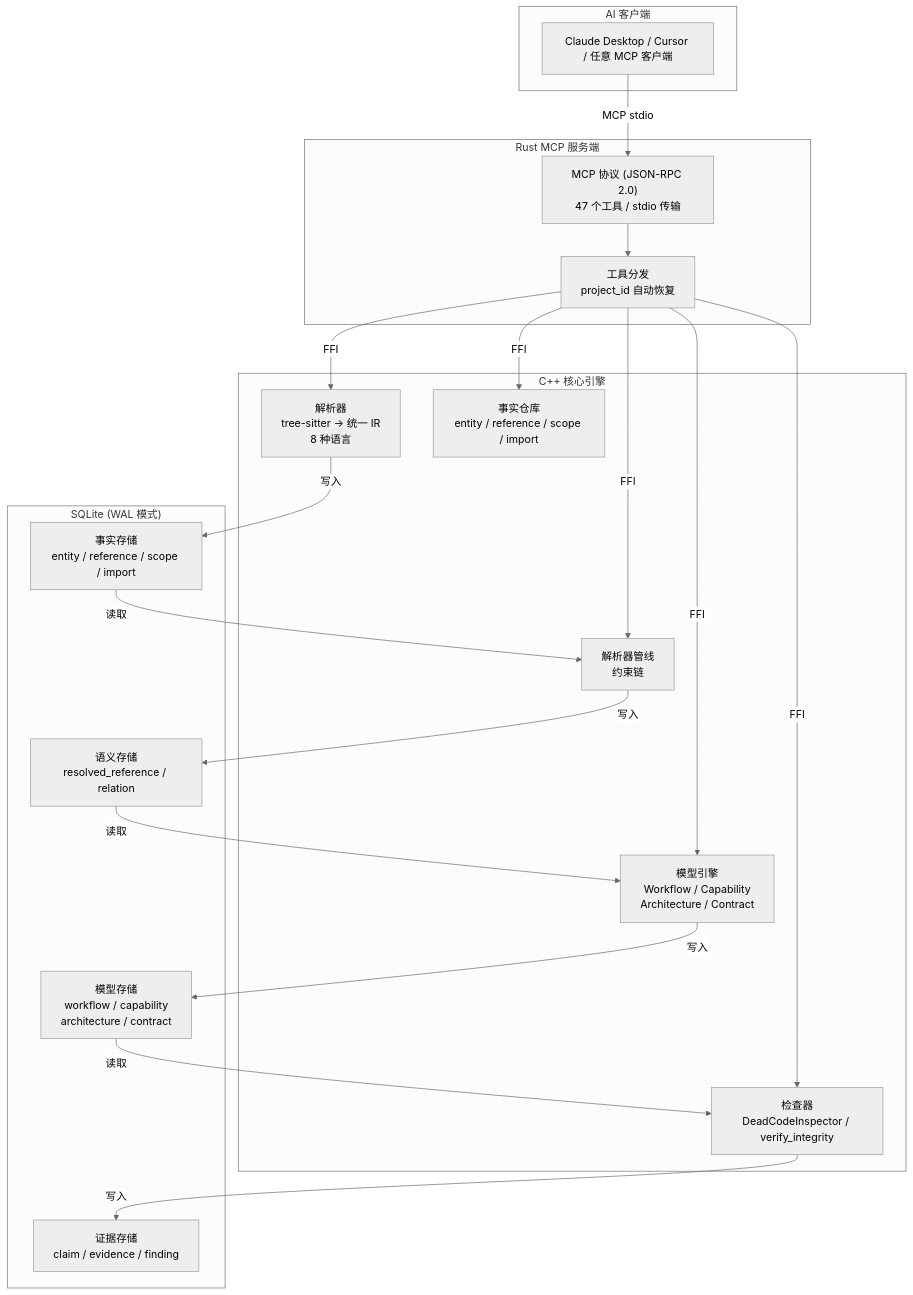
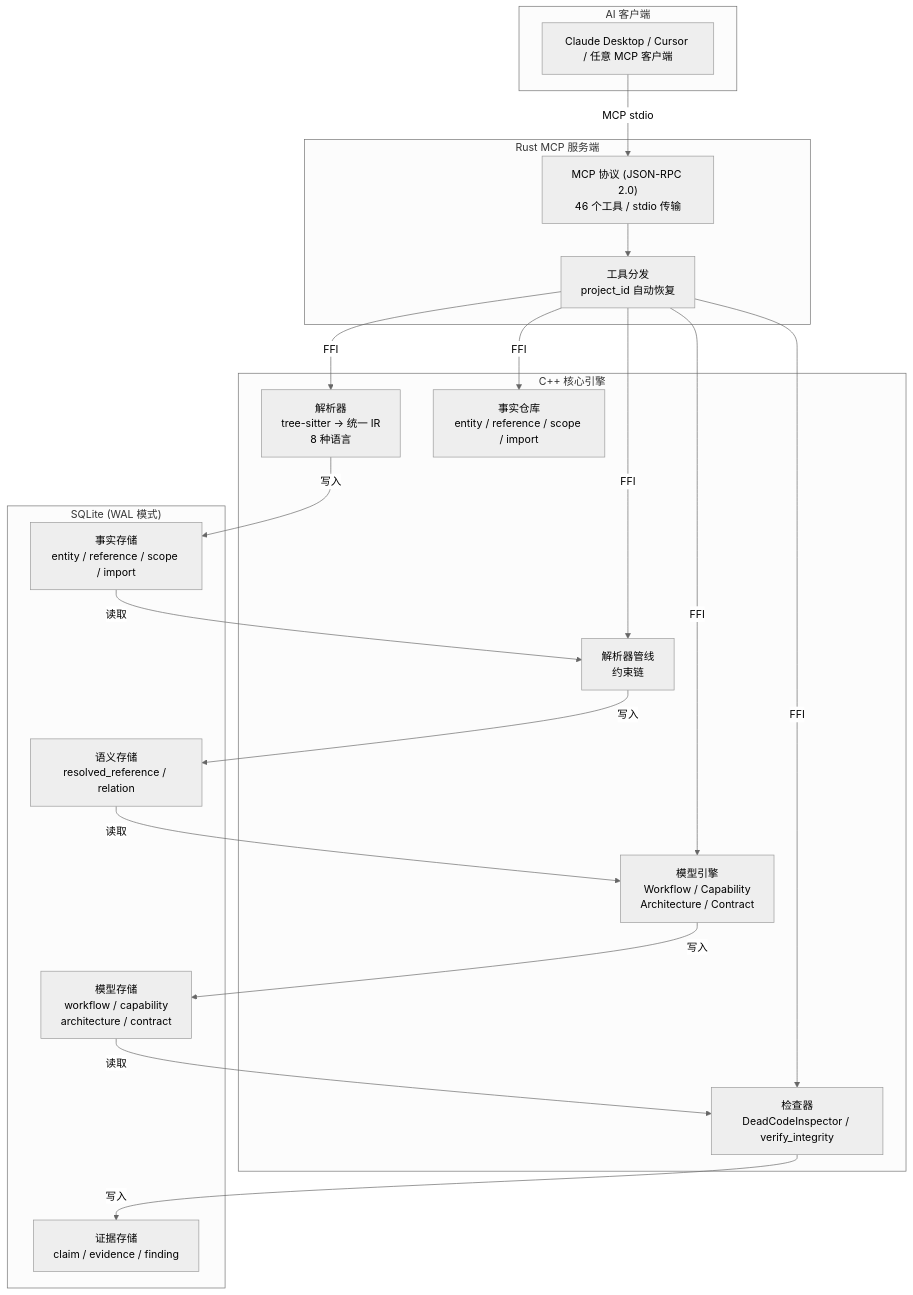
The first of 3 diagrams in README.zh.md (Timwood0x10/CodeScope), drawn with Mermaid (neutral theme) before and after one commit. The commit also changed other lines of this file and 34 other files, not shown here.

````diff
--- a/README.zh.md
+++ b/README.zh.md
@@ -49,42 +57,42 @@
 ```mermaid
 graph TB
     subgraph "AI 客户端"
         Client["Claude Desktop / Cursor / 任意 MCP 客户端"]
     end
 
     subgraph "Rust MCP 服务端"
-        MCP["MCP 协议 (JSON-RPC 2.0)<br/>47 个工具 / stdio 传输"]
+        MCP["MCP 协议 (JSON-RPC 2.0)<br/>46 个工具 / stdio 传输"]
         DISPATCH["工具分发<br/>project_id 自动恢复"]
     end
 
     subgraph "C++ 核心引擎"
         PARSER["解析器<br/>tree-sitter → 统一 IR<br/>8 种语言"]
         FACTS["事实仓库<br/>entity / reference / scope / import"]
         RESOLVER["解析器管线<br/>约束链"]
         MODEL["模型引擎<br/>Workflow / Capability<br/>Architecture / Contract"]
         INSPECTOR["检查器<br/>DeadCodeInspector / verify_integrity"]
     end
 
     subgraph "SQLite (WAL 模式)"
         F_STORE["事实存储<br/>entity / reference / scope / import"]
         S_STORE["语义存储<br/>resolved_reference / relation"]
         M_STORE["模型存储<br/>workflow / capability<br/>architecture / contract"]
         E_STORE["证据存储<br/>claim / evidence / finding"]
     end
 
     Client -->|"MCP stdio"| MCP
     MCP --> DISPATCH
     DISPATCH -->|"FFI"| PARSER
     DISPATCH -->|"FFI"| FACTS
     DISPATCH -->|"FFI"| RESOLVER
     DISPATCH -->|"FFI"| MODEL
     DISPATCH -->|"FFI"| INSPECTOR
 
     PARSER -->|"写入"| F_STORE
     F_STORE -->|"读取"| RESOLVER
     RESOLVER -->|"写入"| S_STORE
     S_STORE -->|"读取"| MODEL
     MODEL -->|"写入"| M_STORE
     M_STORE -->|"读取"| INSPECTOR
     INSPECTOR -->|"写入"| E_STORE
 ```
````
